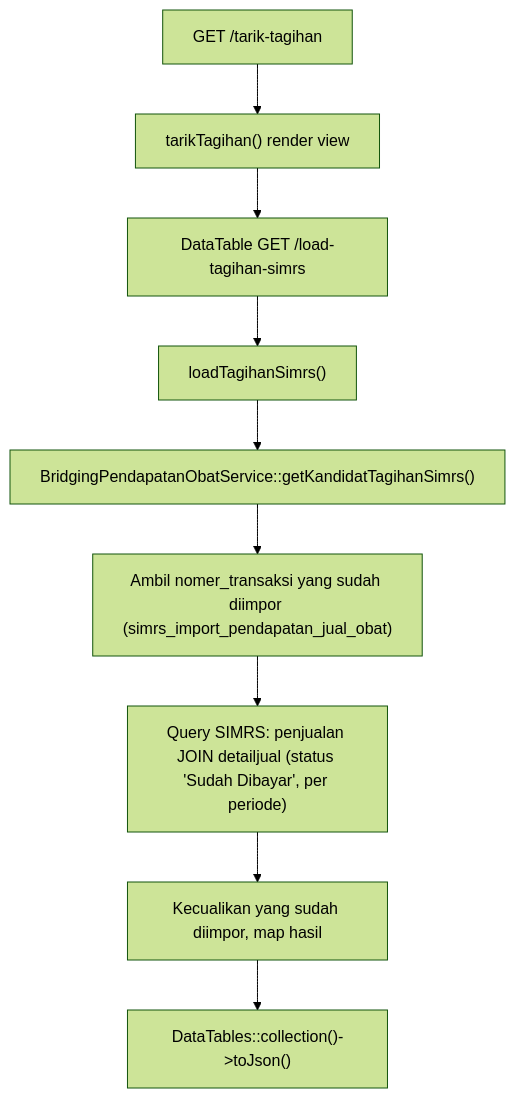
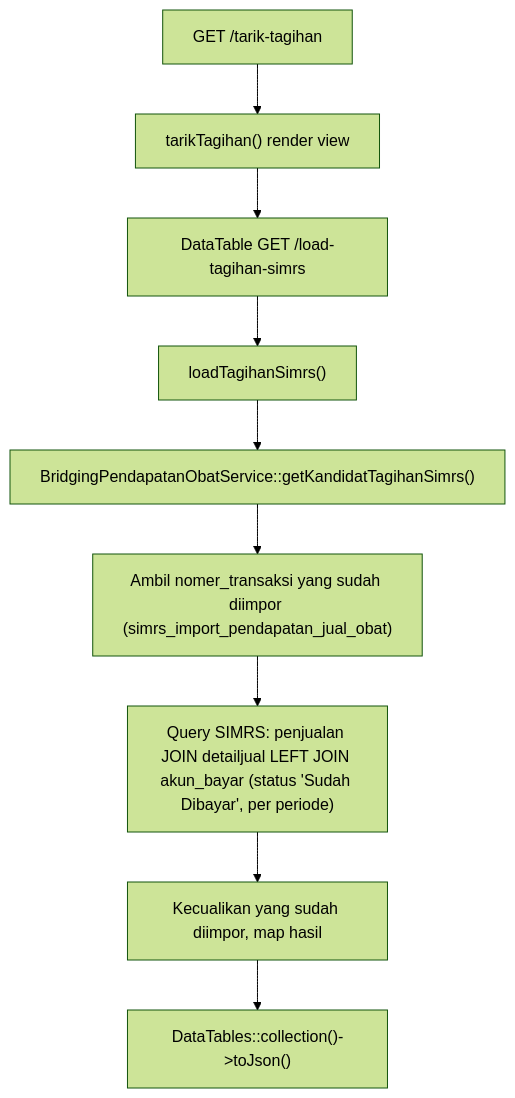
Before and after one commit to AltamaSidoarjo/laravel-siakurat-pt-smt: the first of 4 diagrams in dokumentasi/bridging-pendapatan-obat.md, drawn with Mermaid (forest theme). The commit also changed other lines of this file and 18 other files, not shown here.

Commit message:
feat(bridging-obat): hapus ketergantungan jurnal SIMRS, gunakan cara bayar kasir & setting akun obat terpusat

````diff
--- a/dokumentasi/bridging-pendapatan-obat.md
+++ b/dokumentasi/bridging-pendapatan-obat.md
@@ -53,11 +60,11 @@
 ```mermaid
 flowchart TD
     A["GET /tarik-tagihan"] --> B["tarikTagihan() render view"]
     B --> C["DataTable GET /load-tagihan-simrs"]
     C --> D["loadTagihanSimrs()"]
     D --> E["BridgingPendapatanObatService::getKandidatTagihanSimrs()"]
     E --> F["Ambil nomer_transaksi yang sudah diimpor (simrs_import_pendapatan_jual_obat)"]
-    F --> G["Query SIMRS: penjualan JOIN detailjual (status 'Sudah Dibayar', per periode)"]
+    F --> G["Query SIMRS: penjualan JOIN detailjual LEFT JOIN akun_bayar (status 'Sudah Dibayar', per periode)"]
     G --> H["Kecualikan yang sudah diimpor, map hasil"]
     H --> I["DataTables::collection()->toJson()"]
 ```
````
